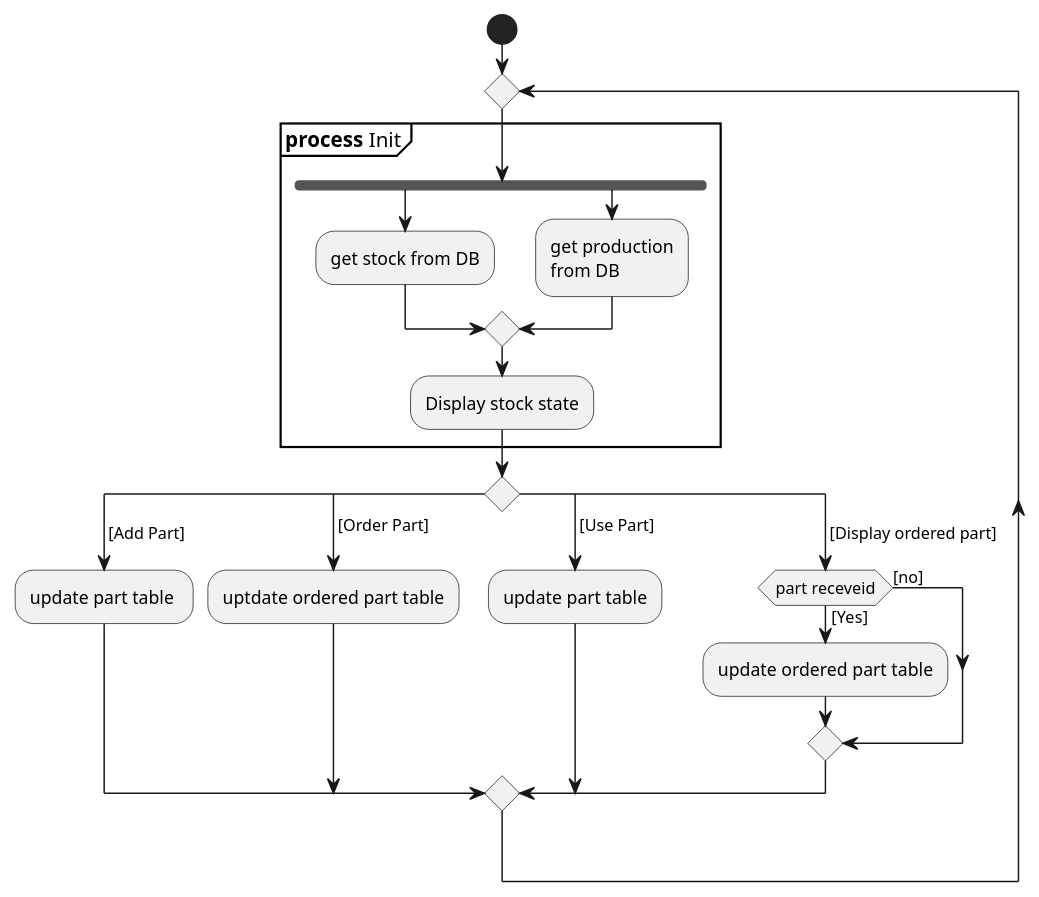
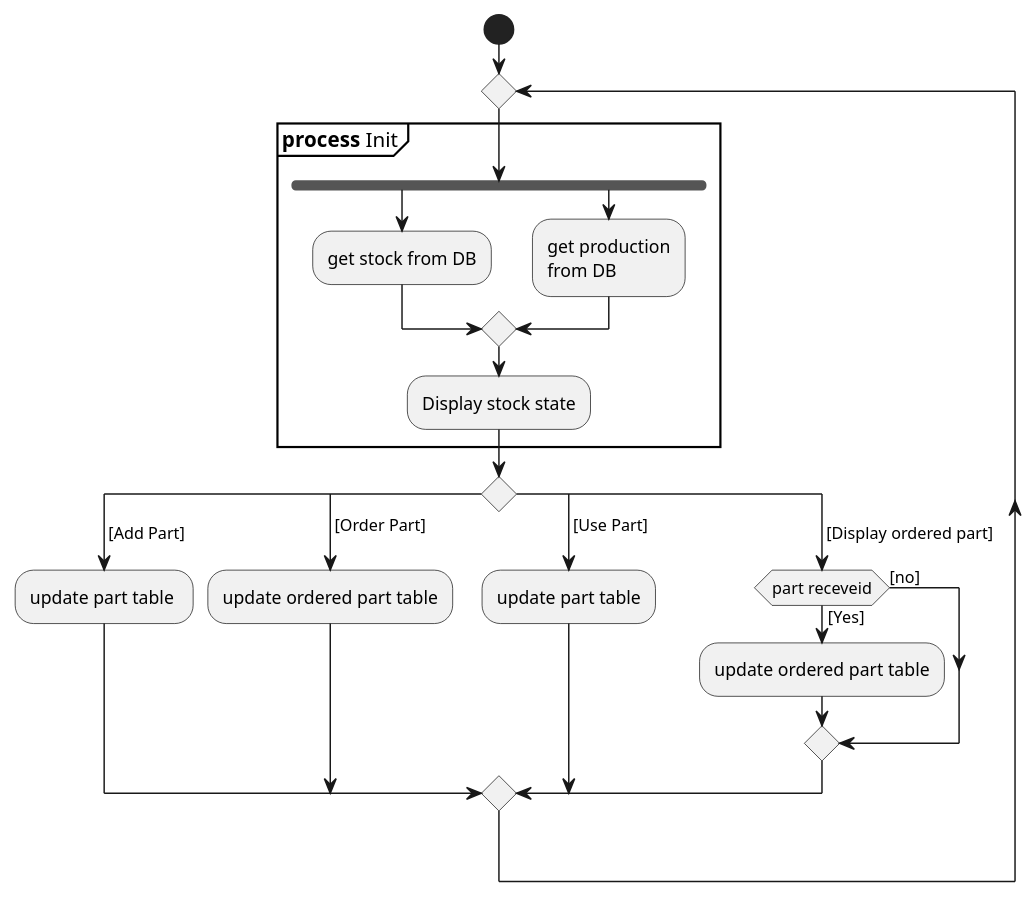
One commit to fred-corp/Bovelo_PG3L_ECAM changed the diagram in diagrams/Current/PlantUML/activity/stock.plantuml. Above: the diagram before and after it, drawn with PlantUML.

```diff
--- a/diagrams/Current/PlantUML/activity/stock.plantuml
+++ b/diagrams/Current/PlantUML/activity/stock.plantuml
@@ -1,27 +1,27 @@
 @startuml
 start
 repeat
 partition "**process** Init" {
     
 fork
   :get stock from DB;
 fork again
   :get production
  from DB;
 end merge
     :Display stock state;
 }
 switch ()
 case ( [Add Part] )
   :update part table ;
 case ( [Order Part] ) 
-  :uptdate ordered part table;
+  :update ordered part table;
 case ( [Use Part] )
   :update part table;
 case ( [Display ordered part] )
 if (part receveid) is ([Yes]) then
 :update ordered part table;
 else ([no])
 endif
 endswitch
 @enduml
```
